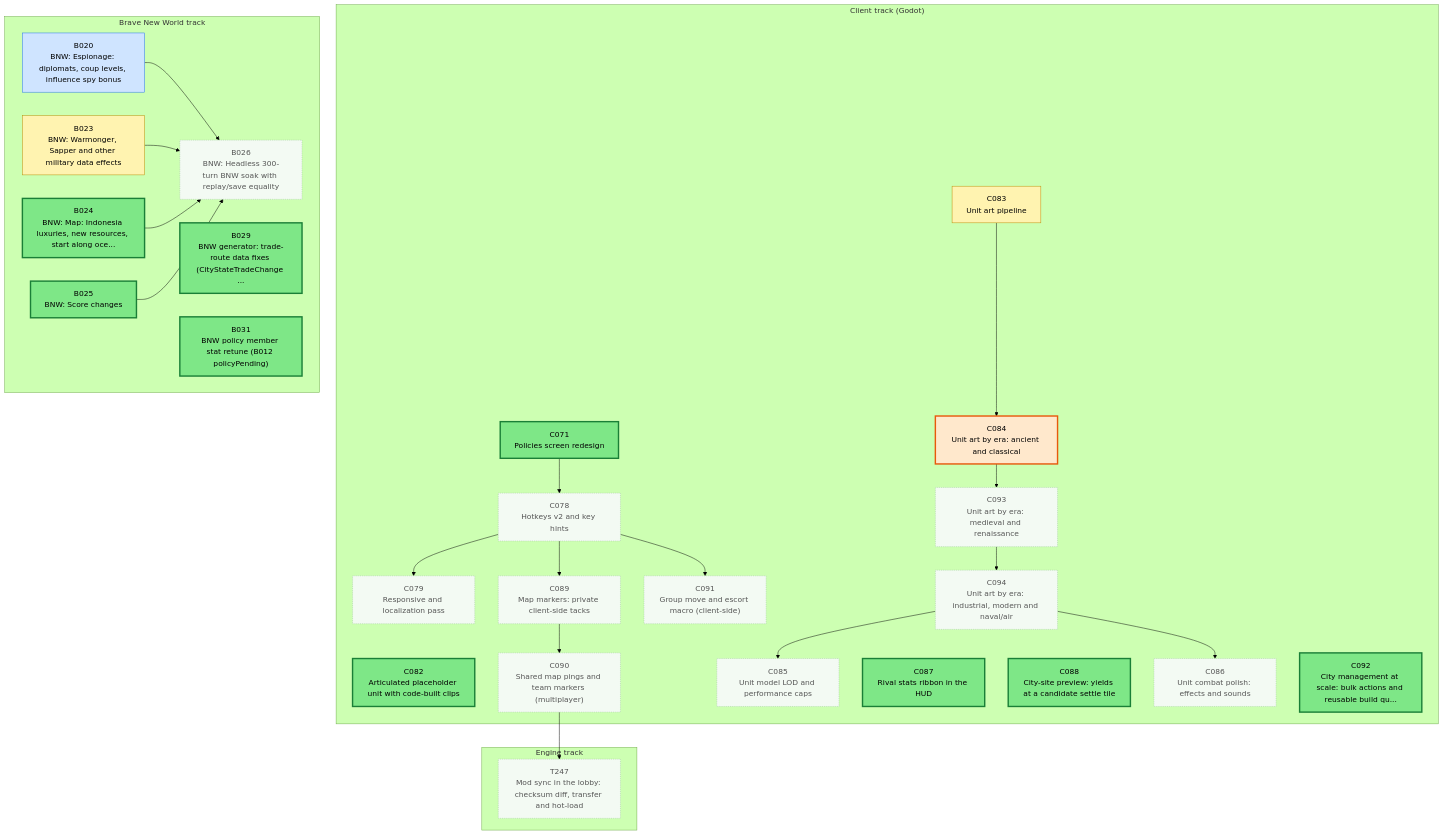
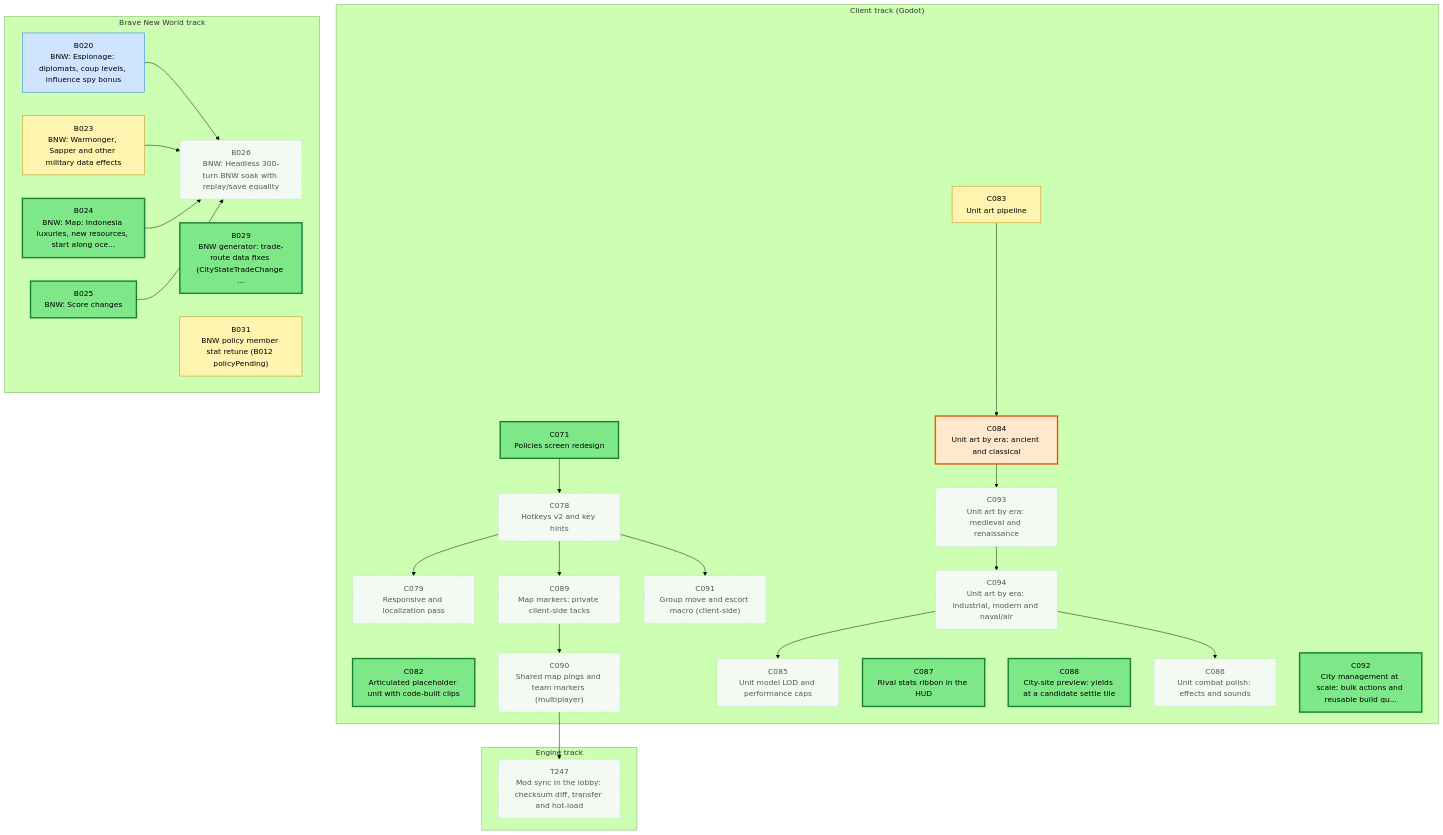
Before and after one commit to Kenmura/Unciv: the first of 3 diagrams in csharp/migration/DEPENDENCY_MAP.md, drawn with Mermaid (forest theme). The commit also changed other lines of this file and 1 other file, not shown here.

````diff
--- a/csharp/migration/DEPENDENCY_MAP.md
+++ b/csharp/migration/DEPENDENCY_MAP.md
@@ -25,79 +25,79 @@
 ```mermaid
 flowchart TD
   subgraph TTRACK["Engine track"]
     T247["T247<br/>Mod sync in the lobby: checksum diff, transfer and hot-load"]
   end
   subgraph CTRACK["Client track (Godot)"]
     C071["C071<br/>Policies screen redesign"]
     C078["C078<br/>Hotkeys v2 and key hints"]
     C079["C079<br/>Responsive and localization pass"]
     C082["C082<br/>Articulated placeholder unit with code-built clips"]
     C083["C083<br/>Unit art pipeline"]
     C084["C084<br/>Unit art by era: ancient and classical"]
     C085["C085<br/>Unit model LOD and performance caps"]
     C086["C086<br/>Unit combat polish: effects and sounds"]
     C087["C087<br/>Rival stats ribbon in the HUD"]
     C088["C088<br/>City-site preview: yields at a candidate settle tile"]
     C089["C089<br/>Map markers: private client-side tacks"]
     C090["C090<br/>Shared map pings and team markers (multiplayer)"]
     C091["C091<br/>Group move and escort macro (client-side)"]
     C092["C092<br/>City management at scale: bulk actions and reusable build qu..."]
     C093["C093<br/>Unit art by era: medieval and renaissance"]
     C094["C094<br/>Unit art by era: industrial, modern and naval/air"]
   end
   subgraph BTRACK["Brave New World track"]
     B020["B020<br/>BNW: Espionage: diplomats, coup levels, influence spy bonus"]
     B023["B023<br/>BNW: Warmonger, Sapper and other military data effects"]
     B024["B024<br/>BNW: Map: Indonesia luxuries, new resources, start along oce..."]
     B025["B025<br/>BNW: Score changes"]
     B026["B026<br/>BNW: Headless 300-turn BNW soak with replay/save equality"]
     B029["B029<br/>BNW generator: trade-route data fixes (CityStateTradeChange ..."]
     B031["B031<br/>BNW policy member stat retune (B012 policyPending)"]
   end
   C090 --> T247
   C071 --> C078
   C078 --> C079
   C083 --> C084
   C094 --> C085
   C094 --> C086
   C078 --> C089
   C089 --> C090
   C078 --> C091
   C084 --> C093
   C093 --> C094
   B020 --> B026
   B023 --> B026
   B024 --> B026
   B025 --> B026
   classDef waiting fill:#f3faf3,stroke:#9bc49b,color:#555,stroke-dasharray:2 2
   classDef ondeck fill:#ffe8cc,stroke:#e8590c,stroke-width:3px,color:#000
   classDef ready fill:#7ee787,stroke:#1a7f37,stroke-width:3px,color:#000
   classDef prog fill:#fff3b0,stroke:#b58900,color:#000
   classDef review fill:#cfe4ff,stroke:#1f6feb,color:#000
   classDef blocked fill:#ffd6d6,stroke:#c62828,color:#000
   classDef done fill:#eeeeee,stroke:#999999,color:#666,stroke-dasharray:4 3
   class B020 review
   class B023 prog
   class B024 ready
   class B025 ready
   class B026 waiting
   class B029 ready
-  class B031 ready
+  class B031 prog
   class C071 ready
   class C078 waiting
   class C079 waiting
   class C082 ready
   class C083 prog
   class C084 ondeck
   class C085 waiting
   class C086 waiting
   class C087 ready
   class C088 ready
   class C089 waiting
   class C090 waiting
   class C091 waiting
   class C092 ready
   class C093 waiting
   class C094 waiting
   class T247 waiting
 ```
````
